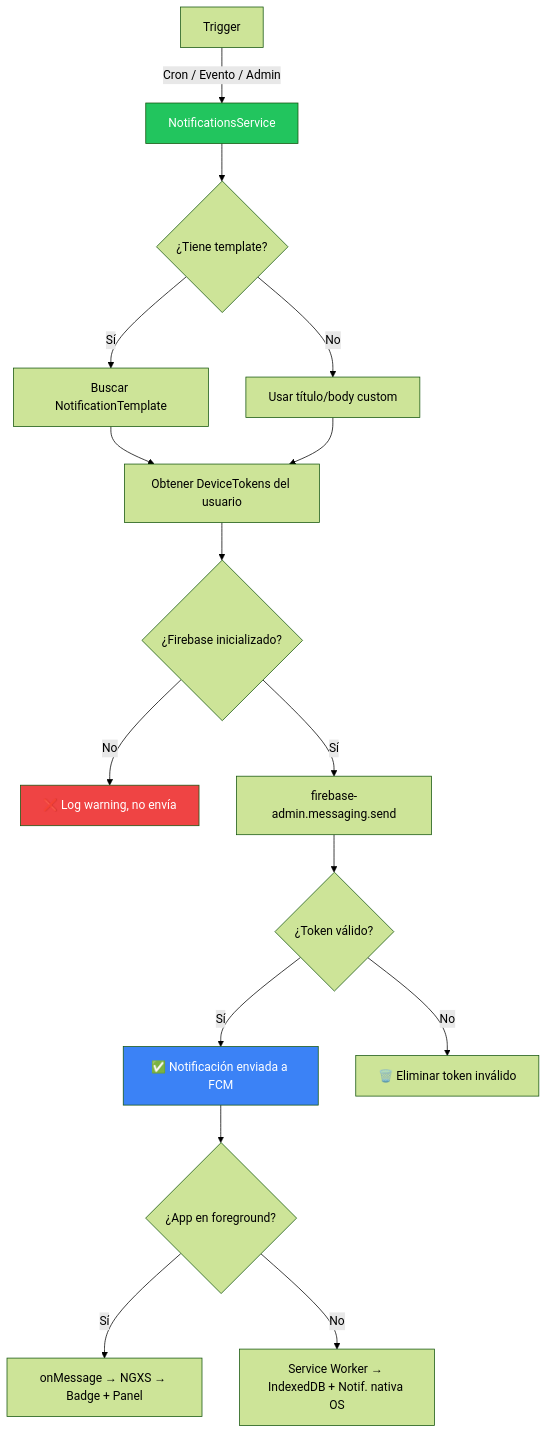
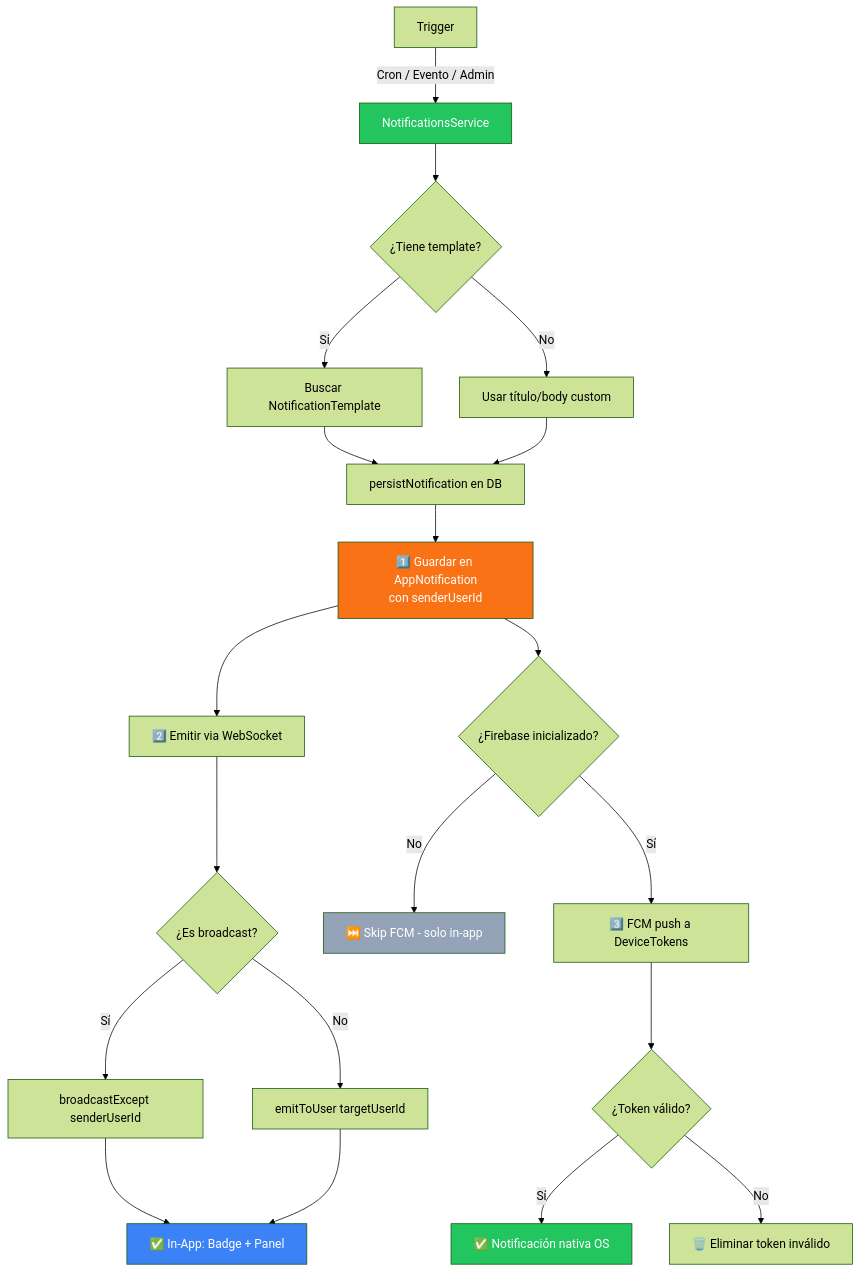
Before and after one commit to fedebracesco1990/fitflow: the ninth of 9 diagrams in docs/NOTIFICATIONS_FLOW.md, drawn with Mermaid (forest theme). The commit also changed other lines of this file and 2 other files, not shown here.

Commit message:
docs: update API documentation for in-app notification system
- Add GET /my, PATCH /:id/read, and PATCH /read-all endpoints to NOTIFICATIONS.md
- Document AppNotification and NotificationRead entities with schema details
- Update endpoint descriptions to reflect backend-first architecture (persist → WebSocket → FCM optional)
- Add notification.new WebSocket event as primary delivery channel with sender exclusion
- Replace FCM-centric language with in-app notification focus
- Document sender

````diff
--- a/docs/NOTIFICATIONS_FLOW.md
+++ b/docs/NOTIFICATIONS_FLOW.md
@@ -427,22 +438,30 @@
 ```mermaid
 flowchart TB
     A[Trigger] -->|Cron / Evento / Admin| B[NotificationsService]
     B --> C{¿Tiene template?}
     C -->|Sí| D[Buscar NotificationTemplate]
     C -->|No| E[Usar título/body custom]
-    D --> F[Obtener DeviceTokens del usuario]
+    D --> F[persistNotification en DB]
     E --> F
-    F --> G{¿Firebase inicializado?}
-    G -->|No| H[❌ Log warning, no envía]
-    G -->|Sí| I[firebase-admin.messaging.send]
-    I --> J{¿Token válido?}
-    J -->|Sí| K[✅ Notificación enviada a FCM]
-    J -->|No| L[🗑️ Eliminar token inválido]
-    K --> M{¿App en foreground?}
-    M -->|Sí| N[onMessage → NGXS → Badge + Panel]
-    M -->|No| O[Service Worker → IndexedDB + Notif. nativa OS]
+
+    F --> G[1️⃣ Guardar en AppNotification<br/>con senderUserId]
+    G --> H[2️⃣ Emitir via WebSocket]
+    H --> I{¿Es broadcast?}
+    I -->|Sí| J[broadcastExcept senderUserId]
+    I -->|No| K[emitToUser targetUserId]
+    J --> L[✅ In-App: Badge + Panel]
+    K --> L
+
+    G --> M{¿Firebase inicializado?}
+    M -->|No| N[⏭️ Skip FCM - solo in-app]
+    M -->|Sí| O[3️⃣ FCM push a DeviceTokens]
+    O --> P{¿Token válido?}
+    P -->|Sí| Q[✅ Notificación nativa OS]
+    P -->|No| R[🗑️ Eliminar token inválido]
 
     style B fill:#22c55e,color:#fff
-    style K fill:#3b82f6,color:#fff
-    style H fill:#ef4444,color:#fff
+    style G fill:#f97316,color:#fff
+    style L fill:#3b82f6,color:#fff
+    style N fill:#94a3b8,color:#fff
+    style Q fill:#22c55e,color:#fff
 ```
````
